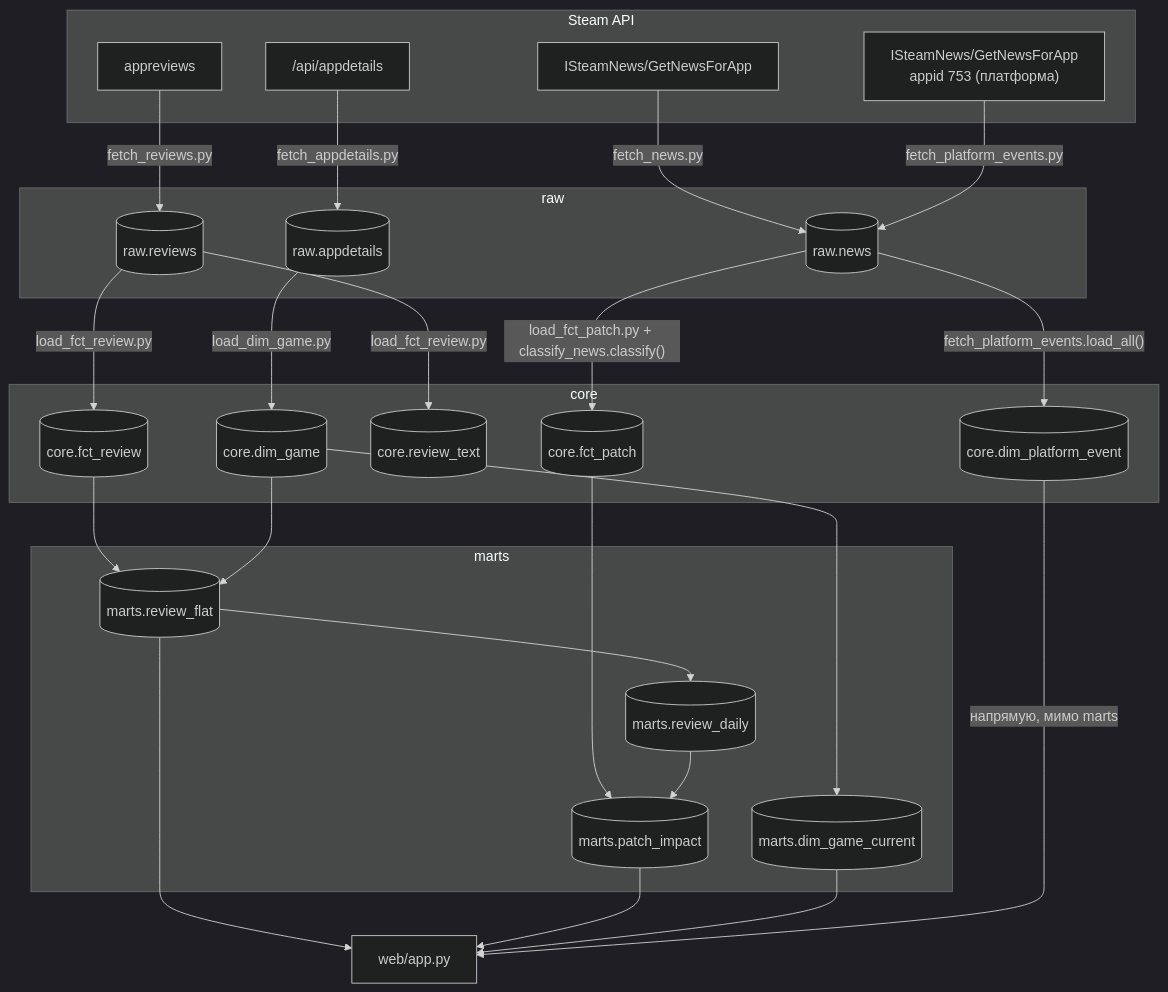
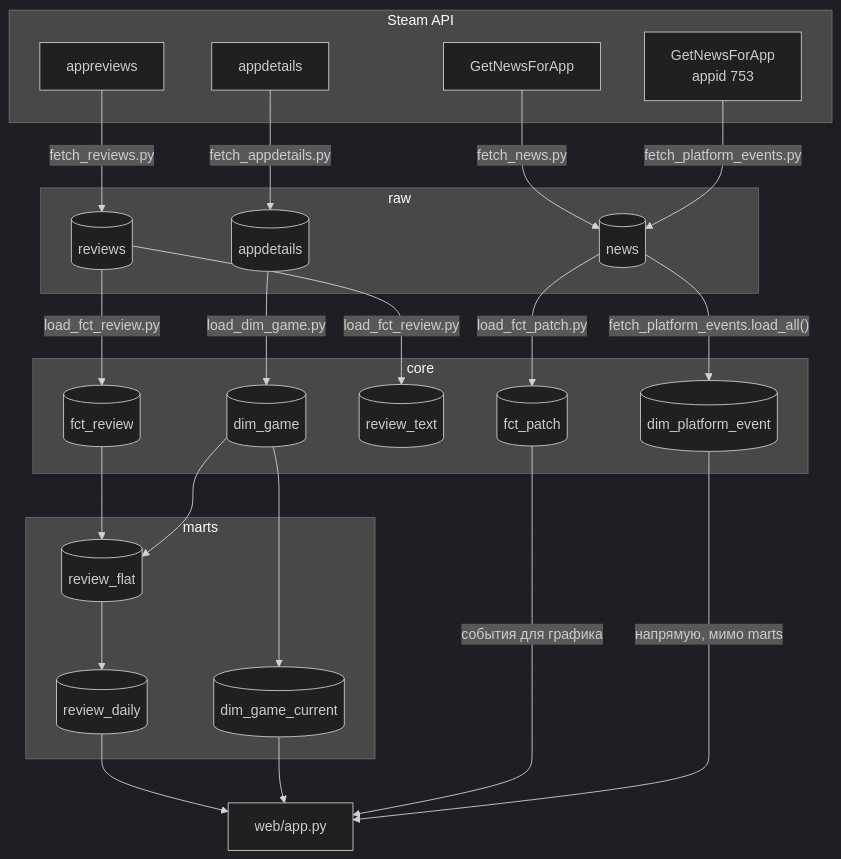
Before and after one commit to lebedev-ay/steam-health: the first of 3 diagrams in docs/model.md, drawn with Mermaid (dark theme). The commit also changed other lines of this file and 1 other file, not shown here.

Commit message:
model.md переписан под текущую схему, в README полная цепочка сбора

````diff
--- a/docs/model.md
+++ b/docs/model.md
@@ -12,55 +14,52 @@
 ```mermaid
 flowchart TD
     subgraph steam["Steam API"]
         API_REV["appreviews"]
-        API_NEWS["ISteamNews/GetNewsForApp"]
-        API_DET["/api/appdetails"]
-        API_PLAT["ISteamNews/GetNewsForApp<br>appid 753 (платформа)"]
+        API_NEWS["GetNewsForApp"]
+        API_DET["appdetails"]
+        API_PLAT["GetNewsForApp<br>appid 753"]
     end
 
     subgraph rawschema["raw"]
-        RAW_REV[("raw.reviews")]
-        RAW_NEWS[("raw.news")]
-        RAW_DET[("raw.appdetails")]
+        RAW_REV[("reviews")]
+        RAW_NEWS[("news")]
+        RAW_DET[("appdetails")]
     end
 
     subgraph coreschema["core"]
-        C_GAME[("core.dim_game")]
-        C_REVIEW[("core.fct_review")]
-        C_TEXT[("core.review_text")]
-        C_PATCH[("core.fct_patch")]
-        C_PLATFORM[("core.dim_platform_event")]
+        C_GAME[("dim_game")]
+        C_REVIEW[("fct_review")]
+        C_TEXT[("review_text")]
+        C_PATCH[("fct_patch")]
+        C_PLATFORM[("dim_platform_event")]
     end
 
     subgraph martsschema["marts"]
-        M_FLAT[("marts.review_flat")]
-        M_DAILY[("marts.review_daily")]
-        M_IMPACT[("marts.patch_impact")]
-        M_CUR[("marts.dim_game_current")]
+        M_FLAT[("review_flat")]
+        M_DAILY[("review_daily")]
+        M_CUR[("dim_game_current")]
     end
 
     WEB["web/app.py"]
 
     API_REV -->|"fetch_reviews.py"| RAW_REV
     API_NEWS -->|"fetch_news.py"| RAW_NEWS
     API_DET -->|"fetch_appdetails.py"| RAW_DET
     API_PLAT -->|"fetch_platform_events.py"| RAW_NEWS
 
     RAW_REV -->|"load_fct_review.py"| C_REVIEW
     RAW_REV -->|"load_fct_review.py"| C_TEXT
     RAW_DET -->|"load_dim_game.py"| C_GAME
-    RAW_NEWS -->|"load_fct_patch.py + classify_news.classify()"| C_PATCH
+    RAW_NEWS -->|"load_fct_patch.py"| C_PATCH
     RAW_NEWS -->|"fetch_platform_events.load_all()"| C_PLATFORM
 
     C_REVIEW --> M_FLAT
     C_GAME --> M_FLAT
     C_GAME --> M_CUR
-    C_PATCH --> M_IMPACT
     M_FLAT --> M_DAILY
-    M_DAILY --> M_IMPACT
 
-    M_FLAT --> WEB
-    M_IMPACT --> WEB
+    M_DAILY --> WEB
     M_CUR --> WEB
+    C_PATCH -->|"события для графика"| WEB
     C_PLATFORM -->|"напрямую, мимо marts"| WEB
 ```
````
